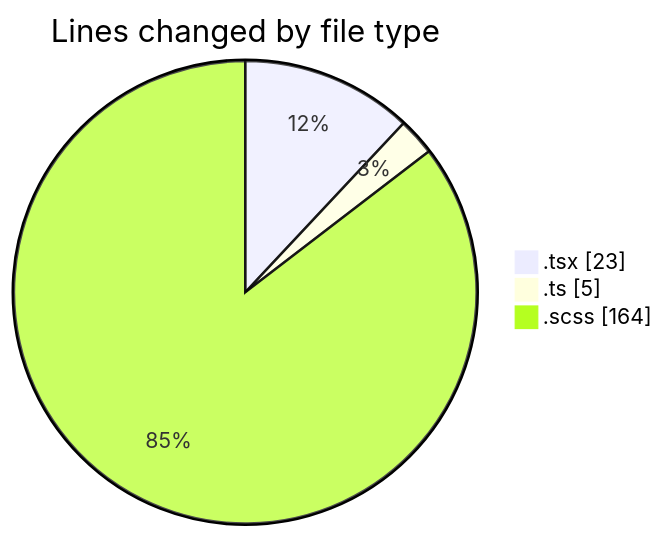
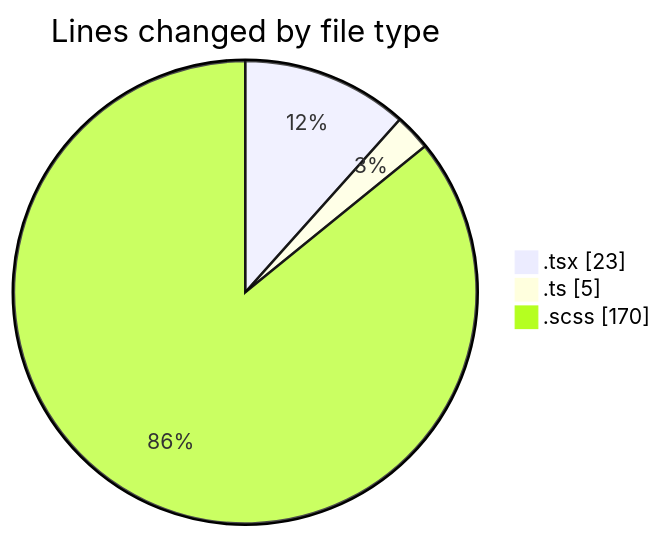
Before and after one commit to momahboobian/code-tracking: the first of 2 diagrams in 2025-02-28/cda/README.md, drawn with Mermaid. The commit also changed other lines of this file and 1 other file, not shown here.

````diff
--- a/2025-02-28/cda/README.md
+++ b/2025-02-28/cda/README.md
@@ -24,7 +24,7 @@
 ```mermaid
 pie showData
 title Lines changed by file type
 ".tsx" : 23
 ".ts" : 5
-".scss" : 164
+".scss" : 170
 ```
````
